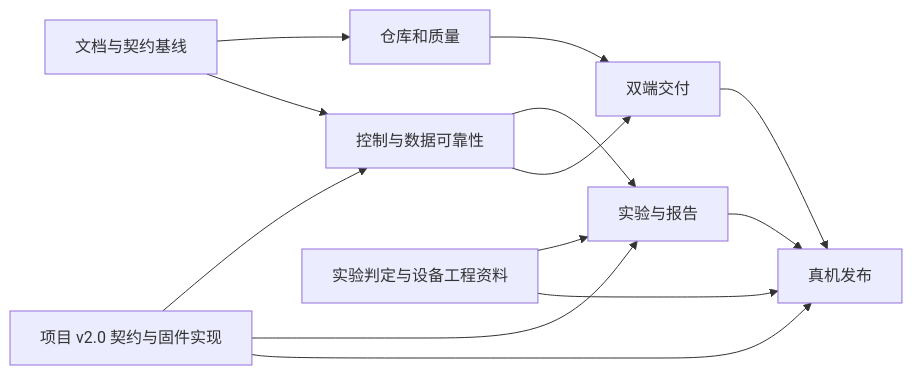
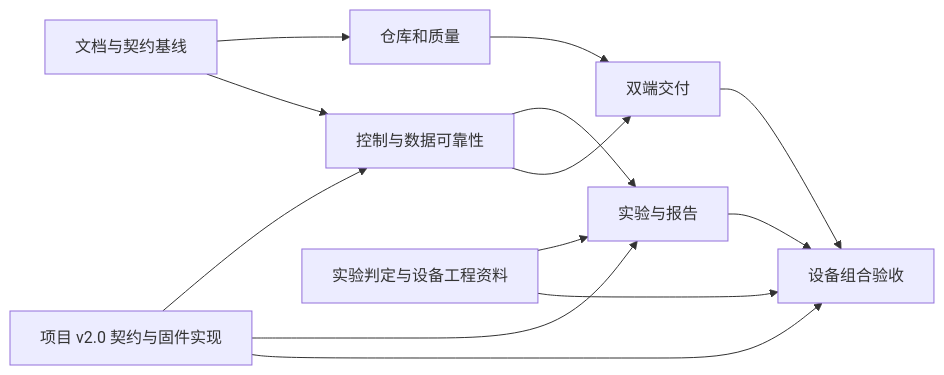
The diagram in tasks/plan.md (kevinalliswell/smd-web-hmi), drawn with Mermaid before and after one commit. The commit also changed other lines of this file and 100 other files, not shown here.

````diff
--- a/tasks/plan.md
+++ b/tasks/plan.md
@@ -44,15 +44,15 @@
 ```mermaid
 flowchart LR
   M0[文档与契约基线] --> M1[仓库和质量]
   M0 --> M2[控制与数据可靠性]
   M1 --> M4[双端交付]
   M2 --> M3[实验与报告]
   M2 --> M4
-  M3 --> M5[真机发布]
+  M3 --> M5[设备组合验收]
   M4 --> M5
   Contract[项目 v2.0 契约与固件实现] --> M2
   Contract --> M3
   Contract --> M5
   Engineering[实验判定与设备工程资料] --> M3
   Engineering --> M5
 ```
````
